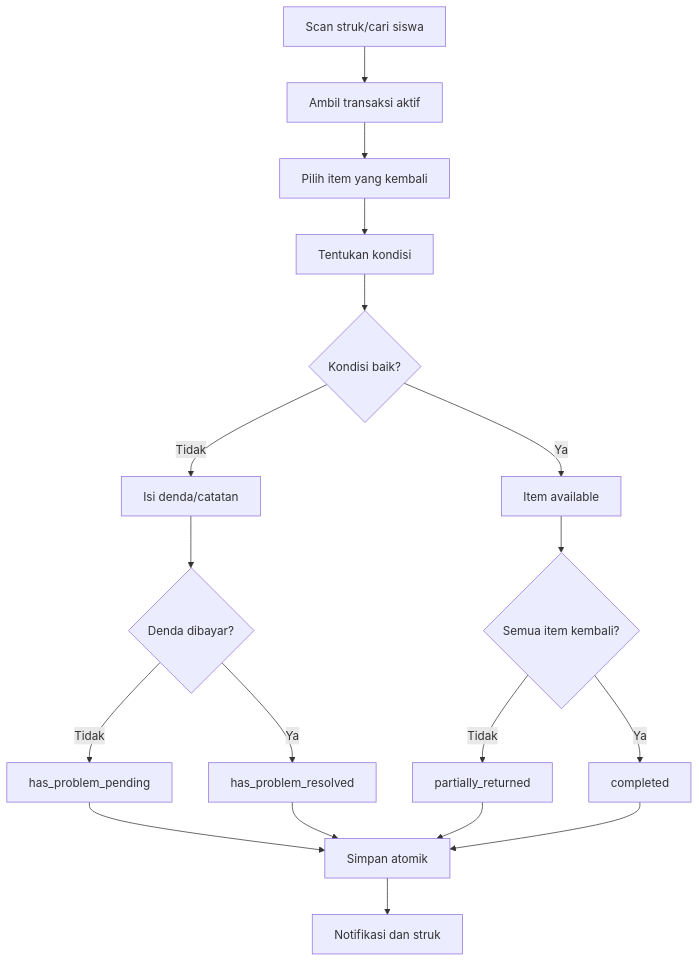
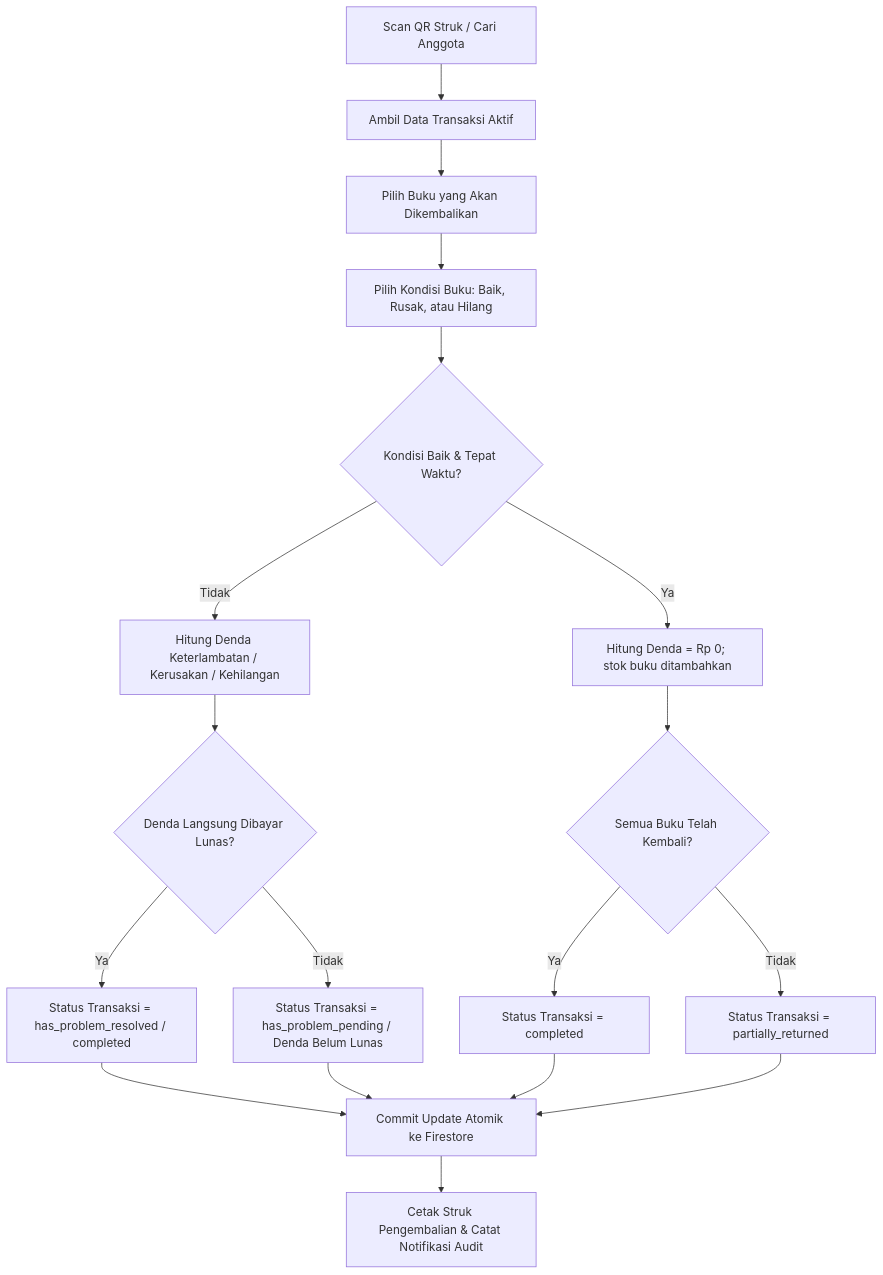
Diagram 11 of 16 in Readme.md (karinatantri/Perpustakaan), drawn with Mermaid before and after one commit. The commit also changed other lines of this file and 27 other files, not shown here.

````diff
--- a/Readme.md
+++ b/Readme.md
@@ -487,17 +604,17 @@
 ```mermaid
 flowchart TD
-  A[Scan struk/cari siswa] --> B[Ambil transaksi aktif]
-  B --> C[Pilih item yang kembali]
-  C --> D[Tentukan kondisi]
-  D --> E{Kondisi baik?}
-  E -- Ya --> F[Item available]
-  E -- Tidak --> G[Isi denda/catatan]
-  G --> H{Denda dibayar?}
-  H -- Tidak --> I[has_problem_pending]
-  H -- Ya --> J[has_problem_resolved]
-  F --> K{Semua item kembali?}
-  K -- Tidak --> L[partially_returned]
-  K -- Ya --> M[completed]
-  I & J & L & M --> N[Simpan atomik]
-  N --> O[Notifikasi dan struk]
+  A["Scan QR Struk / Cari Anggota"] --> B["Ambil Data Transaksi Aktif"]
+  B --> C["Pilih Buku yang Akan Dikembalikan"]
+  C --> D["Pilih Kondisi Buku: Baik, Rusak, atau Hilang"]
+  D --> E{"Kondisi Baik & Tepat Waktu?"}
+  E -- Ya --> F["Hitung Denda = Rp 0; stok buku ditambahkan"]
+  E -- Tidak --> G["Hitung Denda Keterlambatan / Kerusakan / Kehilangan"]
+  G --> H{"Denda Langsung Dibayar Lunas?"}
+  H -- Ya --> I["Status Transaksi = has_problem_resolved / completed"]
+  H -- Tidak --> J["Status Transaksi = has_problem_pending / Denda Belum Lunas"]
+  F --> K{"Semua Buku Telah Kembali?"}
+  K -- Ya --> L["Status Transaksi = completed"]
+  K -- Tidak --> M["Status Transaksi = partially_returned"]
+  I & J & L & M --> N["Commit Update Atomik ke Firestore"]
+  N --> O["Cetak Struk Pengembalian & Catat Notifikasi Audit"]
 ```
````
